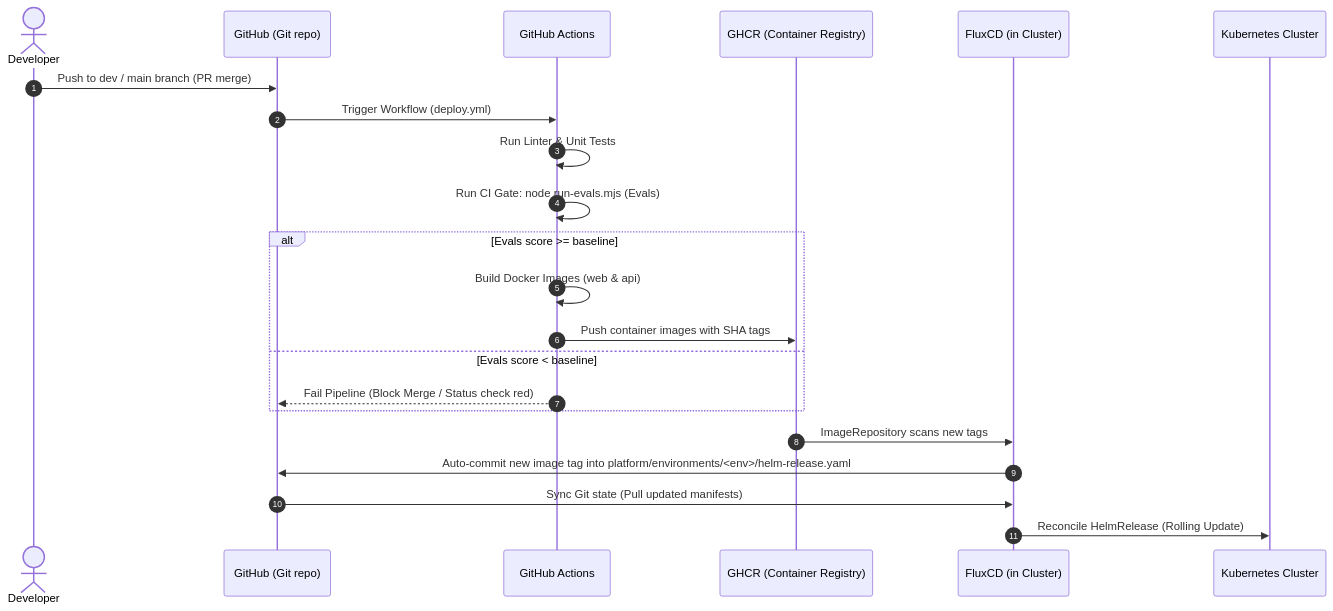
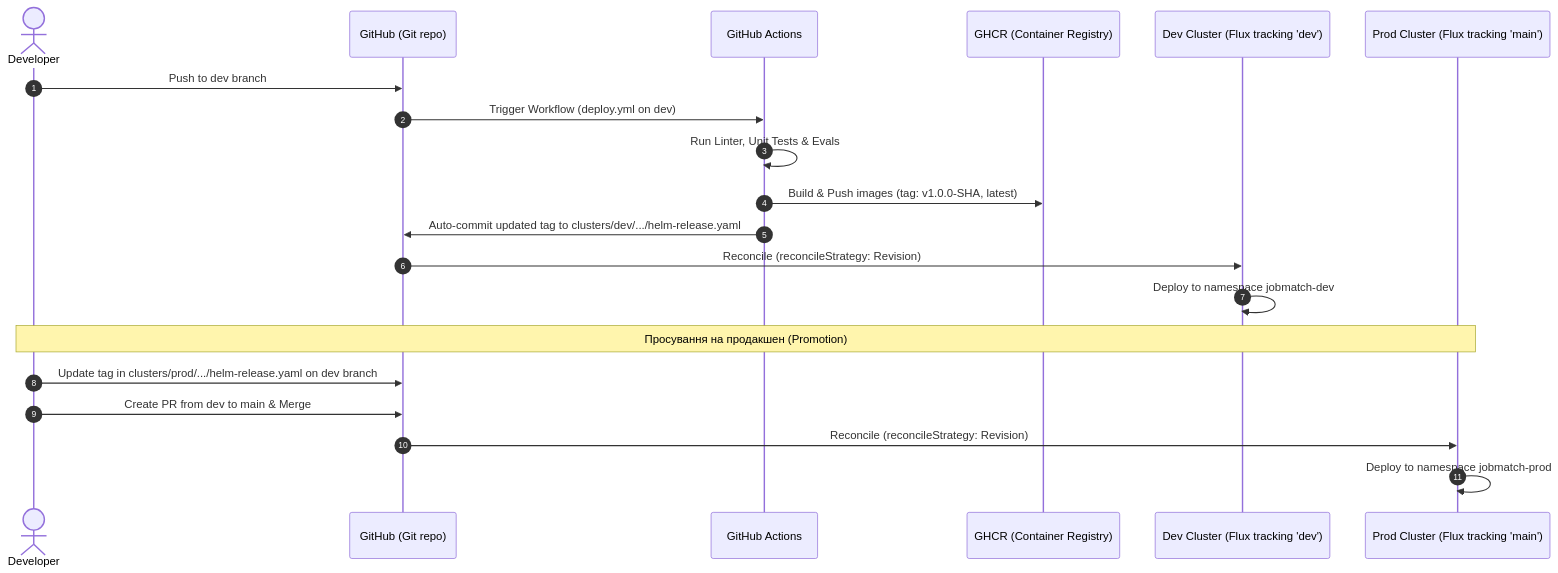
The second of 4 diagrams in doc/HLD.md (mkdir28/hackathon-devops), drawn with Mermaid before and after one commit. The commit also changed other lines of this file and 1 other file, not shown here.

Commit message:
docs: Sync and Refresh

````diff
--- a/doc/HLD.md
+++ b/doc/HLD.md
@@ -62,25 +62,24 @@
 ```mermaid
 sequenceDiagram
     autonumber
     actor Dev as Developer
     participant Git as GitHub (Git repo)
     participant CI as GitHub Actions
     participant Registry as GHCR (Container Registry)
-    participant Flux as FluxCD (in Cluster)
-    participant K8s as Kubernetes Cluster
+    participant DevCluster as Dev Cluster (Flux tracking 'dev')
+    participant ProdCluster as Prod Cluster (Flux tracking 'main')
 
-    Dev->>Git: Push to dev / main branch (PR merge)
-    Git->>CI: Trigger Workflow (deploy.yml)
-    CI->>CI: Run Linter & Unit Tests
-    CI->>CI: Run CI Gate: node run-evals.mjs (Evals)
-    alt Evals score >= baseline
-        CI->>CI: Build Docker Images (web & api)
-        CI->>Registry: Push container images with SHA tags
-    else Evals score < baseline
-        CI-->>Git: Fail Pipeline (Block Merge / Status check red)
-    end
-    Registry->>Flux: ImageRepository scans new tags
-    Flux->>Git: Auto-commit new image tag into platform/environments/<env>/helm-release.yaml
-    Git->>Flux: Sync Git state (Pull updated manifests)
-    Flux->>K8s: Reconcile HelmRelease (Rolling Update)
+    Dev->>Git: Push to dev branch
+    Git->>CI: Trigger Workflow (deploy.yml on dev)
+    CI->>CI: Run Linter, Unit Tests & Evals
+    CI->>Registry: Build & Push images (tag: v1.0.0-SHA, latest)
+    CI->>Git: Auto-commit updated tag to clusters/dev/.../helm-release.yaml
+    Git->>DevCluster: Reconcile (reconcileStrategy: Revision)
+    DevCluster->>DevCluster: Deploy to namespace jobmatch-dev
+
+    Note over Dev, ProdCluster: Просування на продакшен (Promotion)
+    Dev->>Git: Update tag in clusters/prod/.../helm-release.yaml on dev branch
+    Dev->>Git: Create PR from dev to main & Merge
+    Git->>ProdCluster: Reconcile (reconcileStrategy: Revision)
+    ProdCluster->>ProdCluster: Deploy to namespace jobmatch-prod
 ```
````
